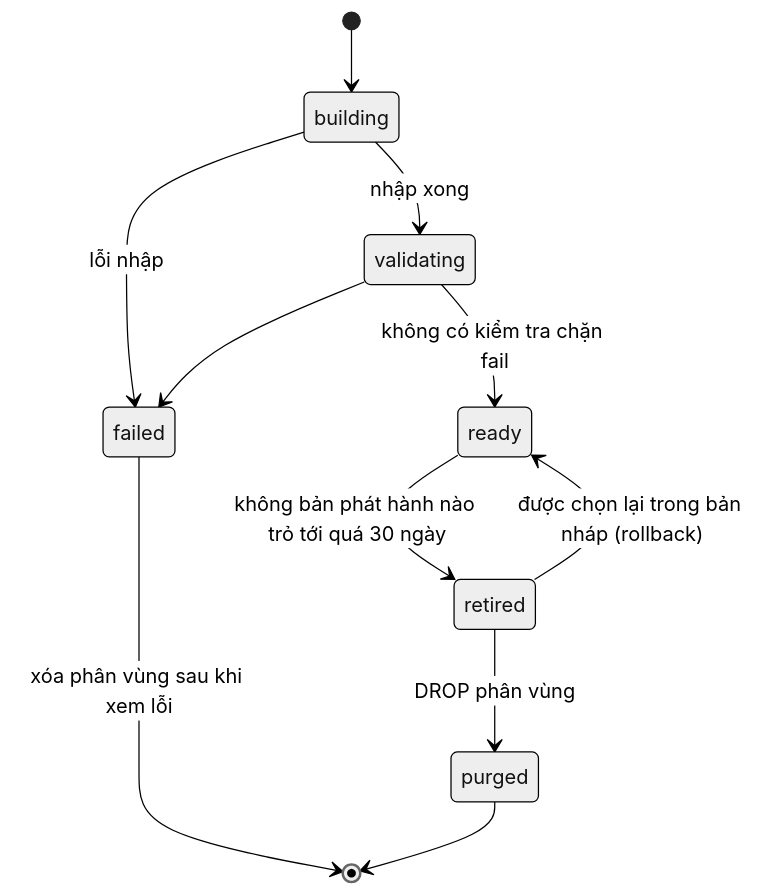
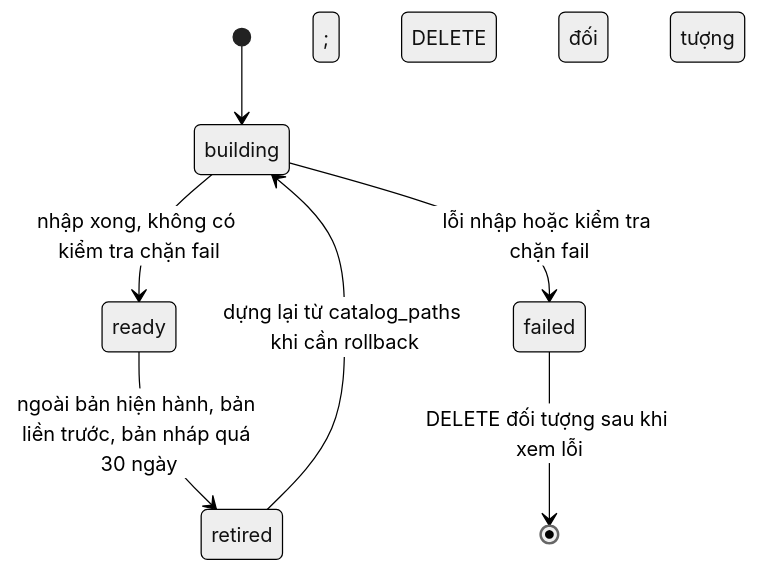
One commit to LoDtus/location-insight changed the diagram in workspace/features/018-location-data/diagrams/state-layer-version.mmd. Above: the diagram before and after it, drawn with Mermaid (neutral theme). The commit also changed 14 other files, not shown here.

Commit message:
docs(018-location-data): thu gọn thiết kế theo giai đoạn, sửa xung đột TypeORM synchronize và /reset, tiêu chí trong code kèm bản chụp

```diff
--- a/workspace/features/018-location-data/diagrams/state-layer-version.mmd
+++ b/workspace/features/018-location-data/diagrams/state-layer-version.mmd
@@ -1,11 +1,7 @@
 stateDiagram-v2
   [*] --> building
-  building --> validating: nhập xong
-  building --> failed: lỗi nhập
-  validating --> ready: không có kiểm tra chặn fail
-  validating --> failed
-  failed --> [*]: xóa phân vùng sau khi xem lỗi
-  ready --> retired: không bản phát hành nào trỏ tới quá 30 ngày
-  retired --> ready: được chọn lại trong bản nháp (rollback)
-  retired --> purged: DROP phân vùng
-  purged --> [*]
+  building --> ready: nhập xong, không có kiểm tra chặn fail
+  building --> failed: lỗi nhập hoặc kiểm tra chặn fail
+  failed --> [*]: DELETE đối tượng sau khi xem lỗi
+  ready --> retired: ngoài bản hiện hành, bản liền trước, bản nháp quá 30 ngày; DELETE đối tượng
+  retired --> building: dựng lại từ catalog_paths khi cần rollback
```
